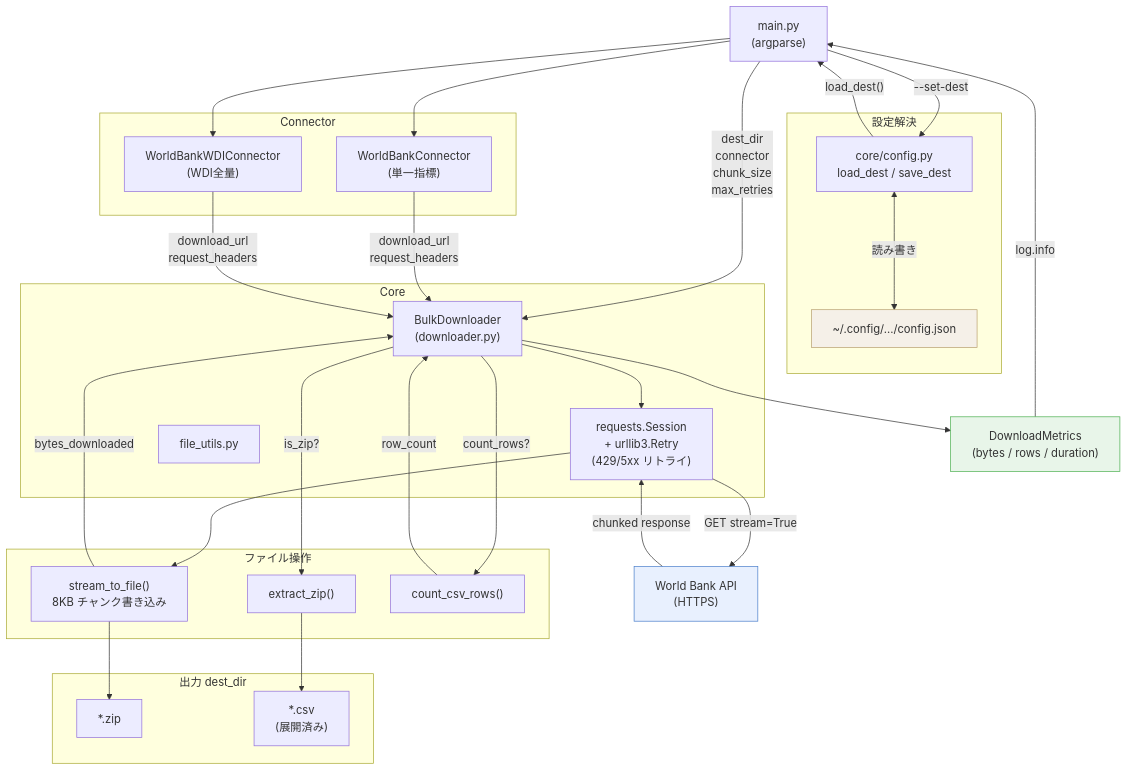
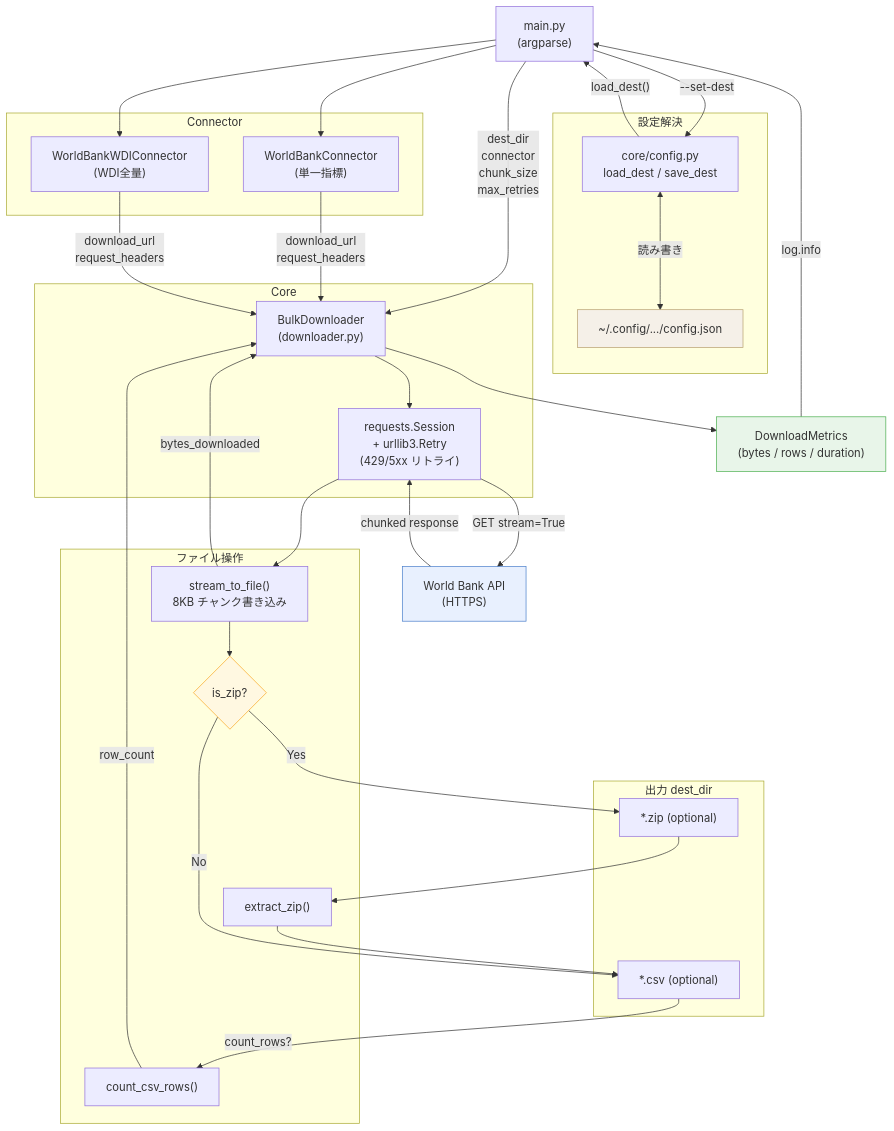
One commit to azu-azu/api-bulk-downloader changed the diagram in README.md. Above: the diagram before and after it, drawn with Mermaid.

Commit message:
Refine data flow diagram ZIP handling
Adjust the Mermaid flowchart to model the ZIP detection step explicitly
and show optional ZIP/CSV outputs based on archive presence. This makes
file handling and row-count flow clearer while keeping the overall
pipeline consistent with the code.

````diff
--- a/README.md
+++ b/README.md
@@ -82,65 +82,68 @@
 ```mermaid
 flowchart TD
     CLI["main.py\n(argparse)"]
 
     subgraph 設定解決
         CFG_FILE["~/.config/.../config.json"]
         CFG["core/config.py\nload_dest / save_dest"]
     end
 
     subgraph Connector
         WBC["WorldBankConnector\n(単一指標)"]
         WDIC["WorldBankWDIConnector\n(WDI全量)"]
     end
 
     subgraph Core
         DL["BulkDownloader\n(downloader.py)"]
         SESSION["requests.Session\n+ urllib3.Retry\n(429/5xx リトライ)"]
-        FU["file_utils.py"]
     end
 
     subgraph ファイル操作
         STREAM["stream_to_file()\n8KB チャンク書き込み"]
+        ISZIP{is_zip?}
         UNZIP["extract_zip()"]
         COUNT["count_csv_rows()"]
     end
 
     subgraph 出力 dest_dir
-        ZIP["*.zip"]
-        CSV["*.csv\n(展開済み)"]
+        ZIP["*.zip (optional)"]
+        CSV["*.csv (optional)"]
     end
 
     METRICS["DownloadMetrics\n(bytes / rows / duration)"]
     REMOTE["World Bank API\n(HTTPS)"]
 
     CLI -->|"--set-dest"| CFG
     CFG <-->|読み書き| CFG_FILE
     CFG -->|"load_dest()"| CLI
 
     CLI -->|"dest_dir\nconnector\nchunk_size\nmax_retries"| DL
 
     CLI --> WBC
     CLI --> WDIC
     WBC -->|"download_url\nrequest_headers"| DL
     WDIC -->|"download_url\nrequest_headers"| DL
 
     DL --> SESSION
     SESSION -->|"GET stream=True"| REMOTE
     REMOTE -->|"chunked response"| SESSION
     SESSION --> STREAM
     STREAM -->|"bytes_downloaded"| DL
-    STREAM --> ZIP
+    STREAM --> ISZIP
 
-    DL -->|"is_zip?"| UNZIP
+    ISZIP -->|Yes| ZIP
+    ZIP --> UNZIP
     UNZIP --> CSV
+    ISZIP -->|No| CSV
 
-    DL -->|"count_rows?"| COUNT
+    CSV -->|"count_rows?"| COUNT
     COUNT -->|"row_count"| DL
 
     DL --> METRICS
     METRICS -->|"log.info"| CLI
 
     style CFG_FILE fill:#f5f0e8,stroke:#b8a070
     style REMOTE fill:#e8f0fe,stroke:#4a7fcb
     style METRICS fill:#e8f5e9,stroke:#4caf50
+    style ISZIP fill:#fff8e1,stroke:#f9a825
 ```
````
